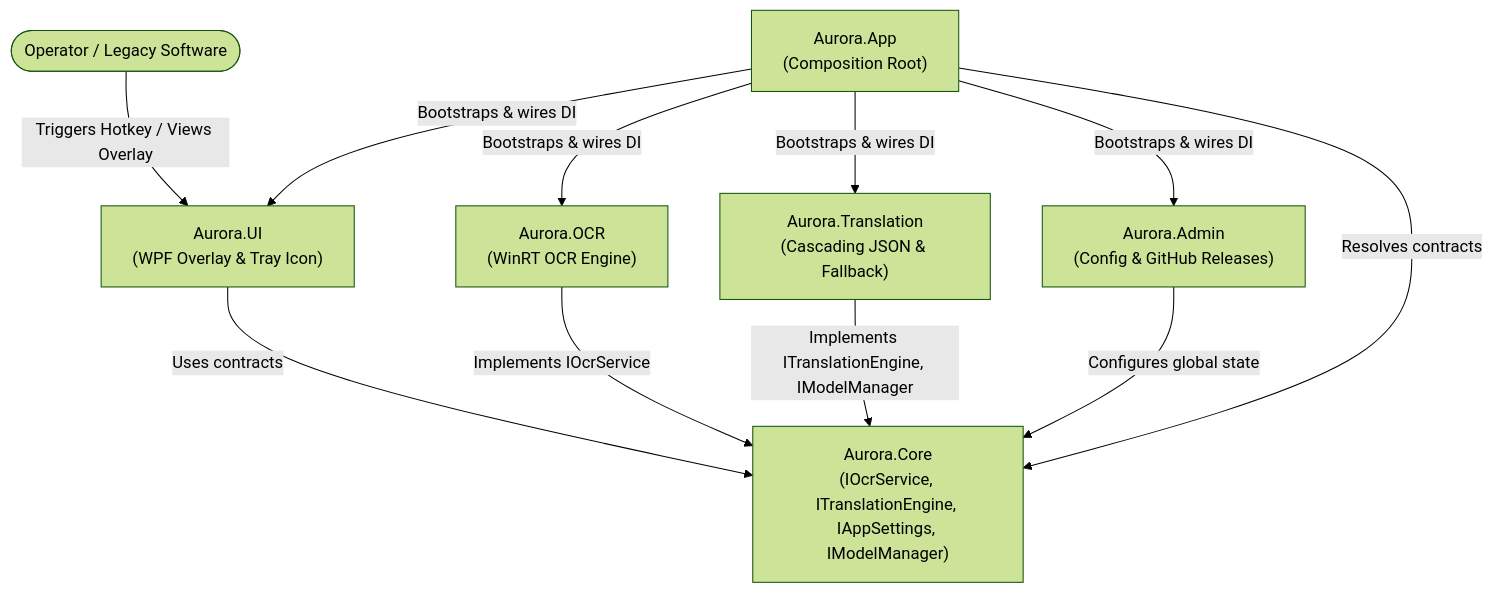
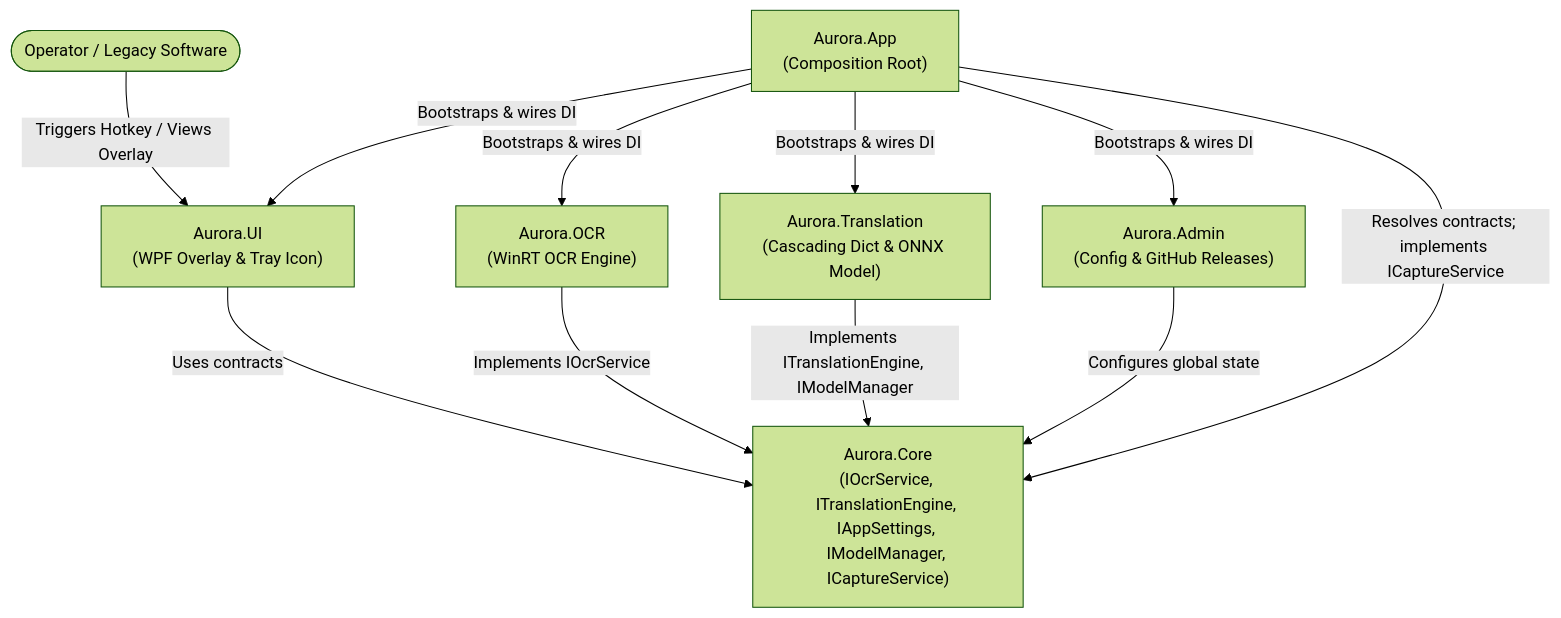
One commit to varro986/codename-aurora changed the first of 2 diagrams in specs/archi.md. Above: the diagram before and after it, drawn with Mermaid (forest theme). The commit also changed other lines of this file and 101 other files, not shown here.

````diff
--- a/specs/archi.md
+++ b/specs/archi.md
@@ -18,21 +18,21 @@
 ```mermaid
 graph TD
     User(["Operator / Legacy Software"])
     AppEntry["Aurora.App\n(Composition Root)"]
-    Core["Aurora.Core\n(IOcrService, ITranslationEngine, IAppSettings, IModelManager)"]
+    Core["Aurora.Core\n(IOcrService, ITranslationEngine, IAppSettings, IModelManager, ICaptureService)"]
     OCR["Aurora.OCR\n(WinRT OCR Engine)"]
-    Translation["Aurora.Translation\n(Cascading JSON & Fallback)"]
+    Translation["Aurora.Translation\n(Cascading Dict & ONNX Model)"]
     UI["Aurora.UI\n(WPF Overlay & Tray Icon)"]
     Admin["Aurora.Admin\n(Config & GitHub Releases)"]
 
     User -->|"Triggers Hotkey / Views Overlay"| UI
     AppEntry -->|"Bootstraps & wires DI"| UI
     AppEntry -->|"Bootstraps & wires DI"| OCR
     AppEntry -->|"Bootstraps & wires DI"| Translation
     AppEntry -->|"Bootstraps & wires DI"| Admin
-    AppEntry -->|"Resolves contracts"| Core
+    AppEntry -->|"Resolves contracts; implements ICaptureService"| Core
     UI -->|"Uses contracts"| Core
     OCR -->|"Implements IOcrService"| Core
     Translation -->|"Implements ITranslationEngine, IModelManager"| Core
     Admin -->|"Configures global state"| Core
 ```
````
